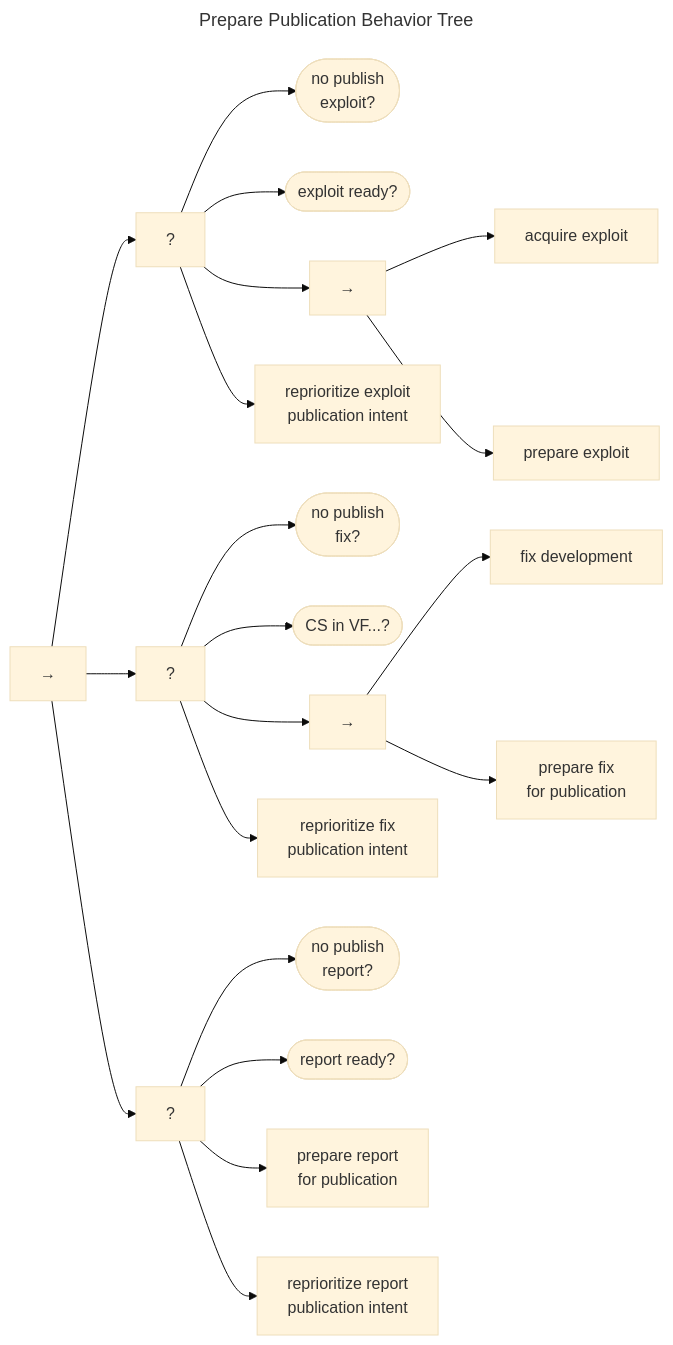
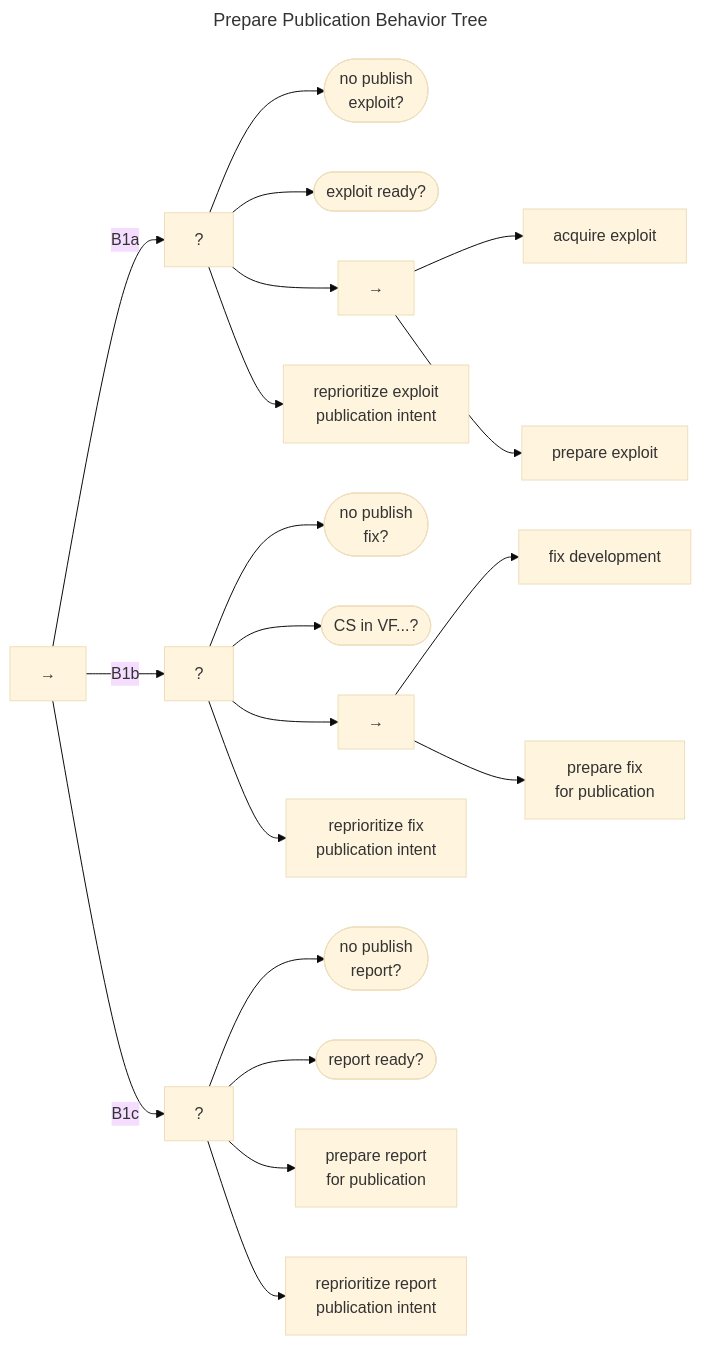
The second of 2 diagrams in docs/topics/behavior_logic/publication_bt.md (CERTCC/Vultron), drawn with Mermaid (base theme) before and after one commit. The commit also changed other lines of this file and 21 other files, not shown here.

````diff
--- a/docs/topics/behavior_logic/publication_bt.md
+++ b/docs/topics/behavior_logic/publication_bt.md
@@ -56,45 +57,45 @@
 ```mermaid
 ---
 title: Prepare Publication Behavior Tree
 ---
 flowchart LR
     seq["&rarr;"]
     x_fb["?"]
-    seq --> x_fb
+    seq -->|B1a| x_fb
     no_pub_exploit(["no publish<br/>exploit?"])
     x_fb --> no_pub_exploit
     exp_ready(["exploit ready?"])
     x_fb --> exp_ready
     x_seq["&rarr;"]
     x_fb --> x_seq
     acquire_exploit["acquire exploit"]
     x_seq --> acquire_exploit
     prep_exploit["prepare exploit"]
     x_seq --> prep_exploit
     x_reprioritize["reprioritize exploit<br/>publication intent"]
     x_fb --> x_reprioritize
     f_fb["?"]
-    seq --> f_fb
+    seq -->|B1b| f_fb
     no_pub_fix(["no publish<br/>fix?"])
     f_fb --> no_pub_fix
     cs_in_VF(["CS in VF...?"])
     f_fb --> cs_in_VF
     f_seq["&rarr;"]
     f_fb --> f_seq
     fix_dev["fix development"]
     f_seq --> fix_dev
     prep_fix["prepare fix<br/>for publication"]
     f_seq --> prep_fix
     f_reprioritize["reprioritize fix<br/>publication intent"]
     f_fb --> f_reprioritize
     r_fb["?"]
-    seq --> r_fb
+    seq -->|B1c| r_fb
     no_pub_report(["no publish<br/>report?"])
     r_fb --> no_pub_report
     r_ready(["report ready?"])
     r_fb --> r_ready
     prep_report["prepare report<br/>for publication"]
     r_fb --> prep_report
     r_reprioritize["reprioritize report<br/>publication intent"]
     r_fb --> r_reprioritize
 ```
````
